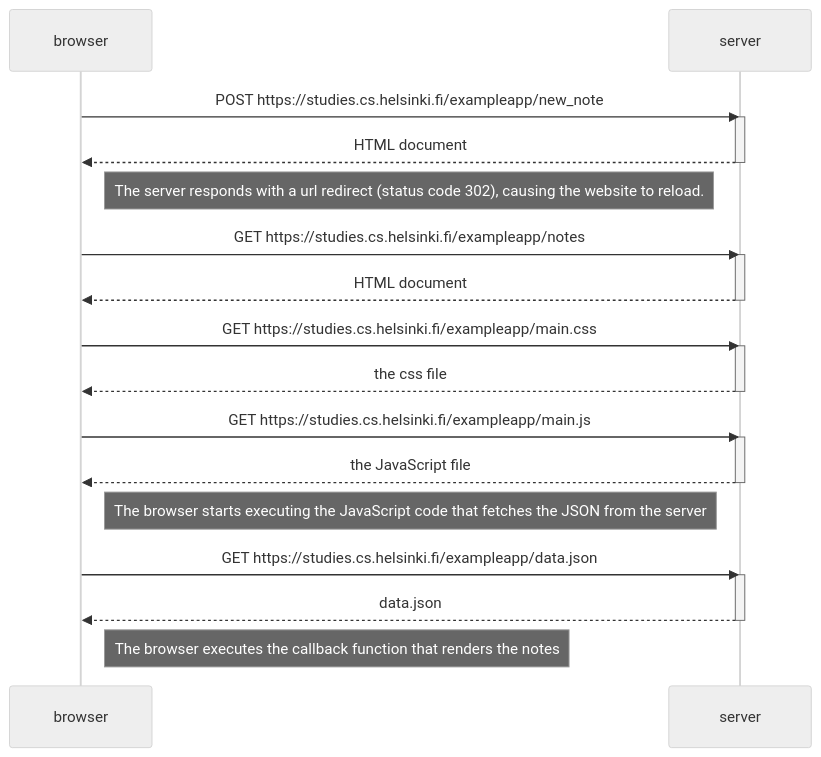
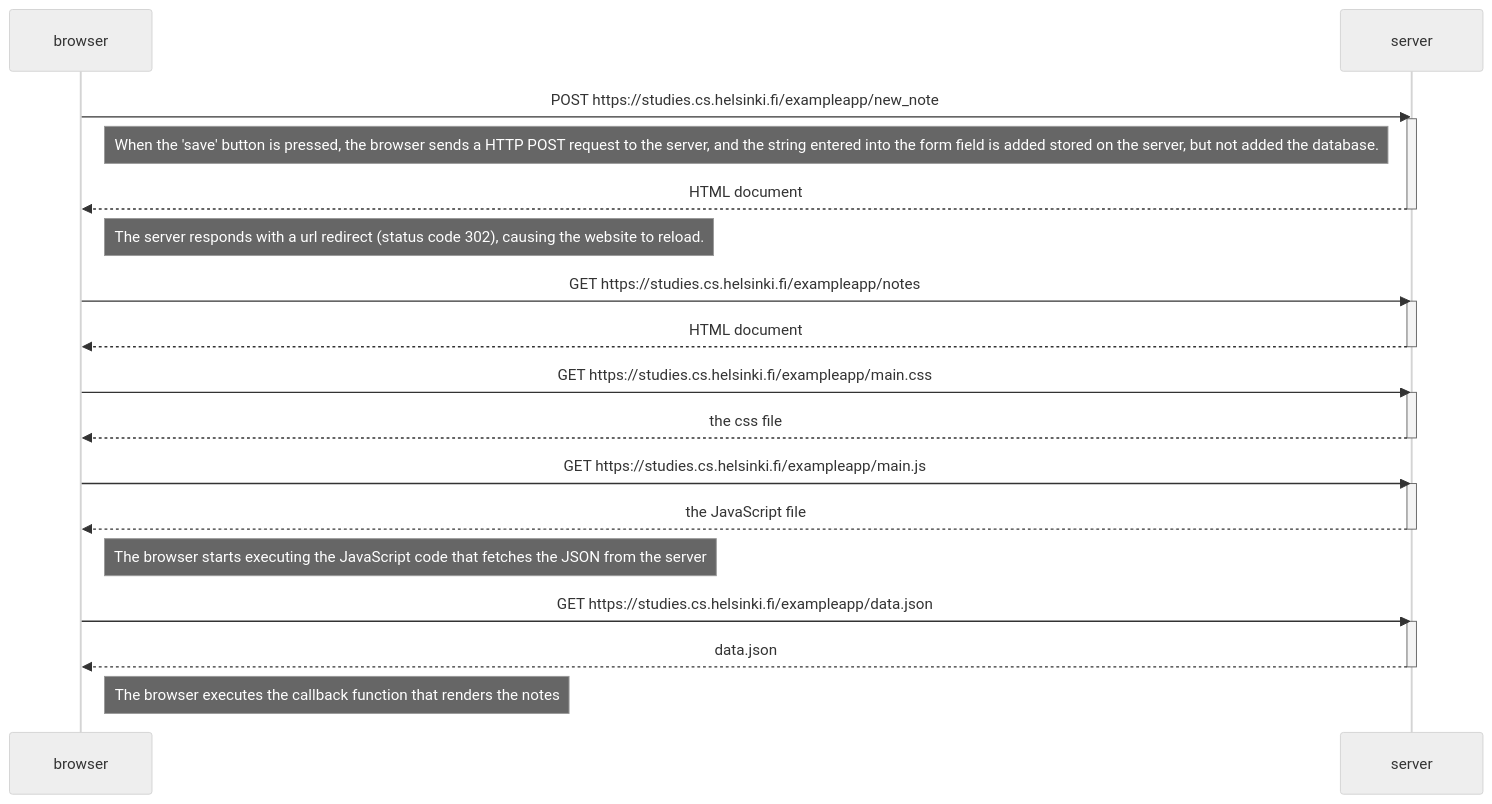
The diagram in part00/new_note_diagram.md (akskettu-hub/FullStackOpen), drawn with Mermaid (neutral theme) before and after one commit.

Commit message:
Added comments to diagram.

````diff
--- a/part00/new_note_diagram.md
+++ b/part00/new_note_diagram.md
@@ -1,36 +1,38 @@
 ```mermaid
 sequenceDiagram
     participant browser
     participant server
 
     browser->>server: POST https://studies.cs.helsinki.fi/exampleapp/new_note
     activate server
+    Note right of browser: When the 'save' button is pressed, the browser sends a HTTP POST request to the server, and the string entered into the form field is added stored on the server, but not added the database.
+
     server-->>browser: HTML document
     deactivate server
 
     Note right of browser: The server responds with a url redirect (status code 302), causing the website to reload. 
 
     browser->>server: GET https://studies.cs.helsinki.fi/exampleapp/notes
     activate server
     server-->>browser: HTML document
     deactivate server
 
     browser->>server: GET https://studies.cs.helsinki.fi/exampleapp/main.css
     activate server
     server-->>browser: the css file
     deactivate server
 
     browser->>server: GET https://studies.cs.helsinki.fi/exampleapp/main.js
     activate server
     server-->>browser: the JavaScript file
     deactivate server
 
     Note right of browser: The browser starts executing the JavaScript code that fetches the JSON from the server
 
     browser->>server: GET https://studies.cs.helsinki.fi/exampleapp/data.json
     activate server
     server-->>browser: data.json
     deactivate server
 
     Note right of browser: The browser executes the callback function that renders the notes
 ```
````
